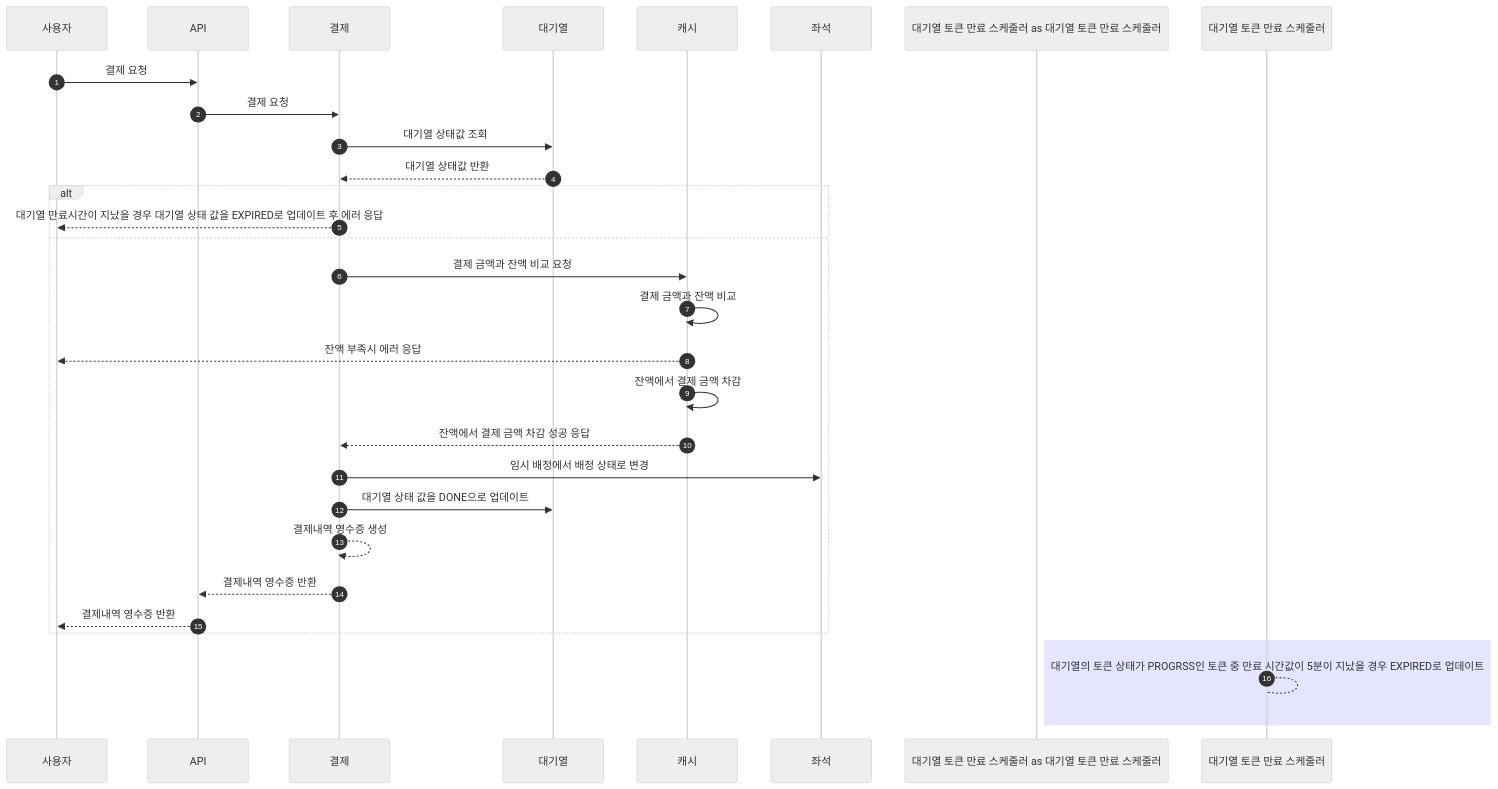
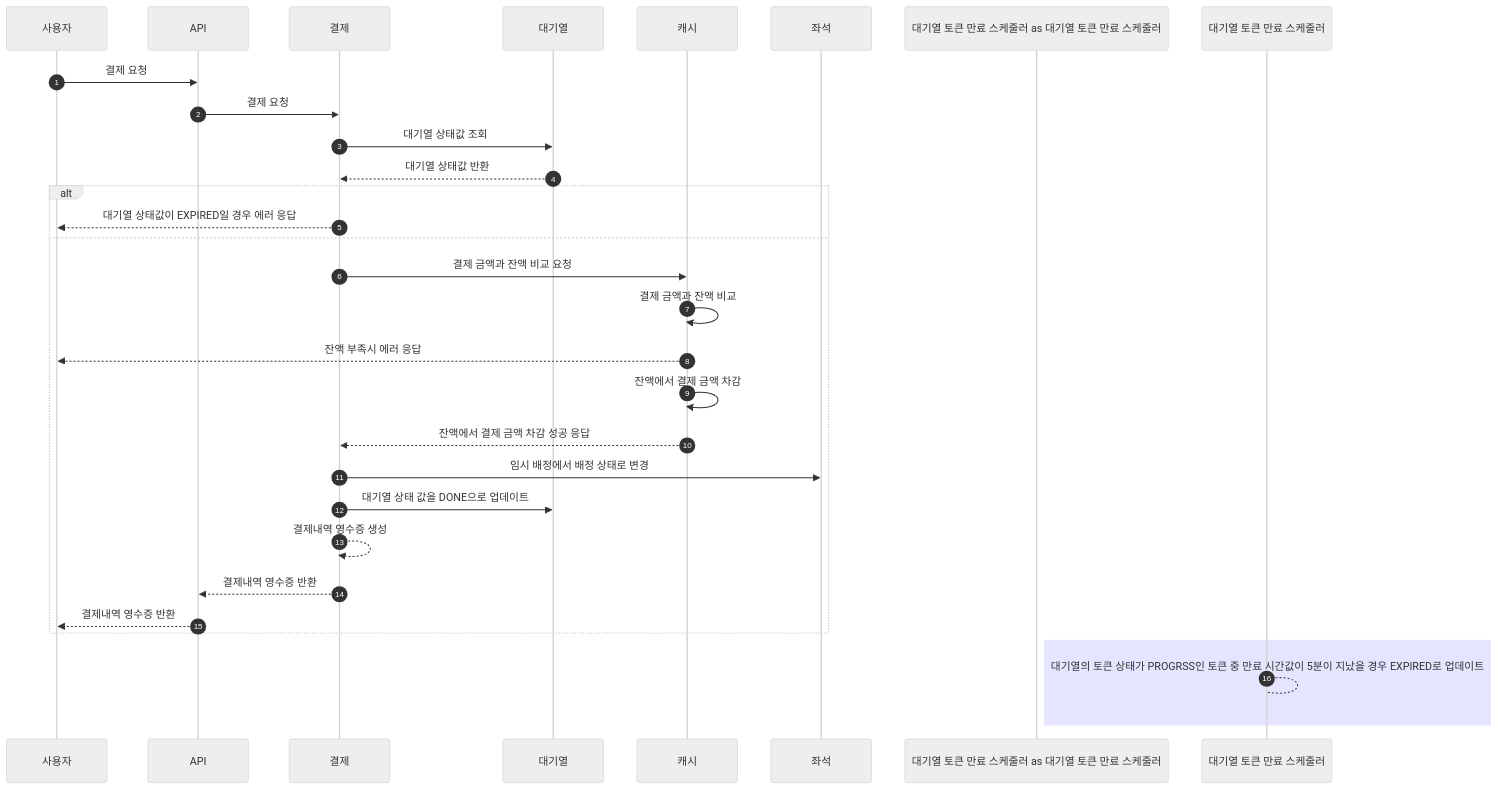
The seventh of 7 diagrams in docs/sequence.md (jikimee64/hhplus-concert), drawn with Mermaid (neutral theme) before and after one commit. The commit also changed other lines of this file and 7 other files, not shown here.

Commit message:
feat: 대기열 상태값이 EXPIRED인지 검사하는 로직 구현

````diff
--- a/docs/sequence.md
+++ b/docs/sequence.md
@@ -158,32 +158,32 @@
 ```mermaid
 sequenceDiagram
     autonumber
     participant 사용자 as 사용자
     participant API as API
     participant 결제 as 결제
     participant 대기열 as 대기열
     participant 캐시 as 캐시
     participant 좌석 as 좌석
     participant 대기열 토큰 만료 스케줄러 as 대기열 토큰 만료 스케줄러
     사용자 ->> API: 결제 요청
     API ->> 결제: 결제 요청
     결제 ->> 대기열: 대기열 상태값 조회
     대기열 -->> 결제: 대기열 상태값 반환
     alt
-        결제 -->> 사용자: 대기열 만료시간이 지났을 경우 대기열 상태 값을 EXPIRED로 업데이트 후 에러 응답
+        결제 -->> 사용자: 대기열 상태값이 EXPIRED일 경우 에러 응답
     else
         결제 ->> 캐시: 결제 금액과 잔액 비교 요청
         캐시 ->> 캐시: 결제 금액과 잔액 비교
         캐시 -->> 사용자: 잔액 부족시 에러 응답
         캐시 ->> 캐시: 잔액에서 결제 금액 차감
         캐시 -->> 결제: 잔액에서 결제 금액 차감 성공 응답
         결제 ->> 좌석: 임시 배정에서 배정 상태로 변경
         결제 ->> 대기열: 대기열 상태 값을 DONE으로 업데이트
         결제 -->> 결제: 결제내역 영수증 생성
         결제 -->> API: 결제내역 영수증 반환
         API -->> 사용자: 결제내역 영수증 반환
     end
     rect rgba(0, 0, 255, .1)
         대기열 토큰 만료 스케줄러 --> 대기열 토큰 만료 스케줄러: 대기열의 토큰 상태가 PROGRSS인 토큰 중 만료 시간값이 5분이 지났을 경우 EXPIRED로 업데이트
     end
 ```
````
